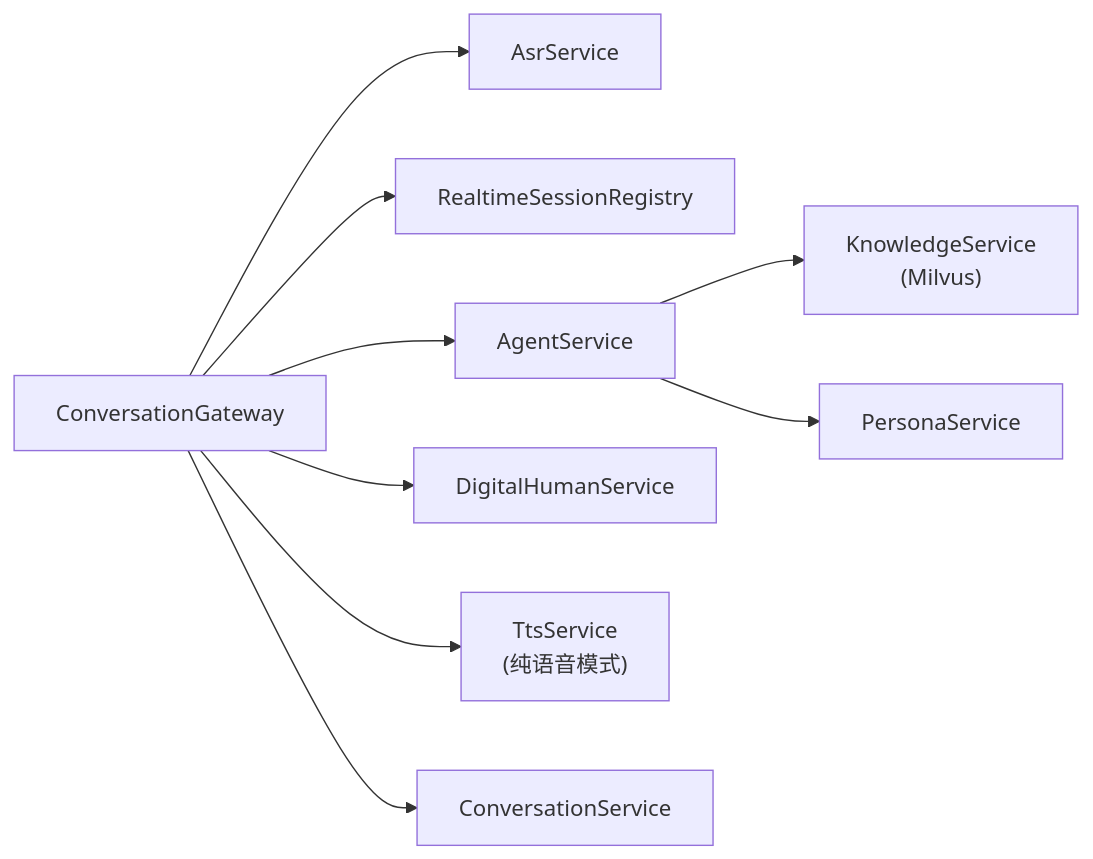
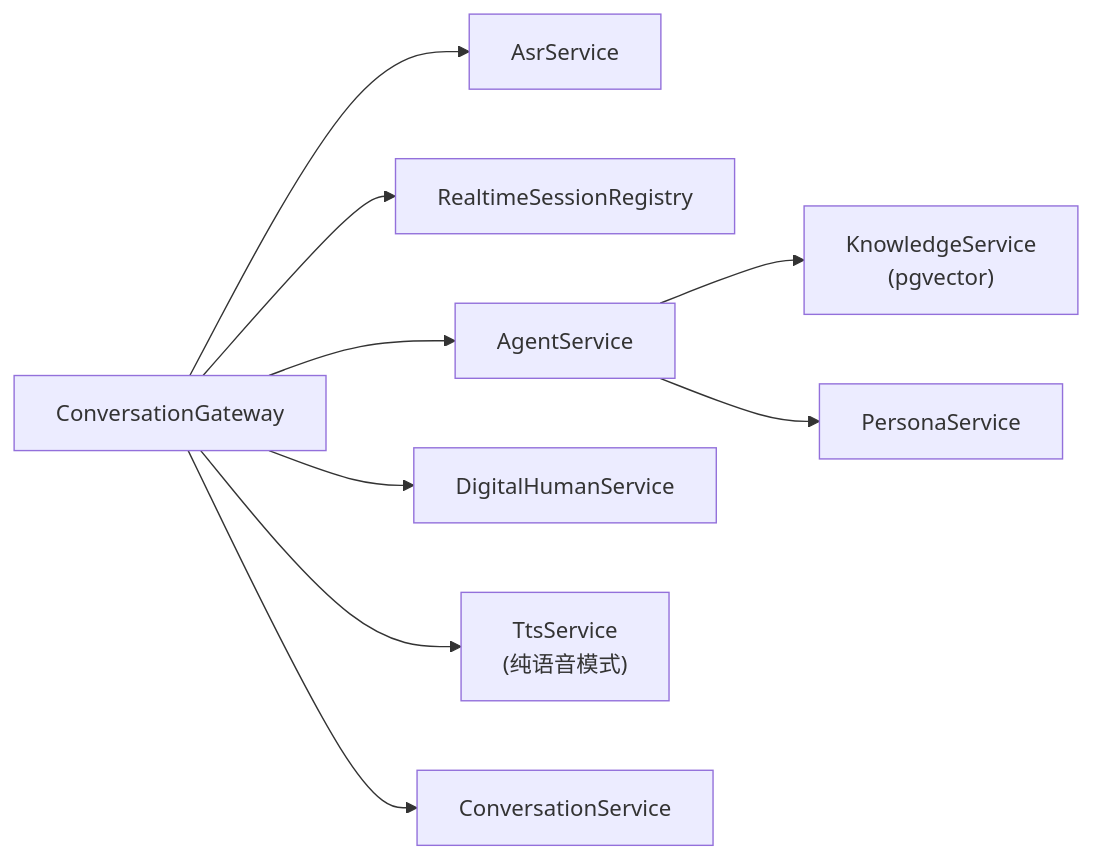
One commit to iceberg211/ai-agent-course-code changed the fifth of 5 diagrams in docs/数字人-Agent-技术方案.md. Above: the diagram before and after it, drawn with Mermaid. The commit also changed other lines of this file and 71 other files, not shown here.

````diff
--- a/docs/数字人-Agent-技术方案.md
+++ b/docs/数字人-Agent-技术方案.md
@@ -758,11 +1083,11 @@
 ```mermaid
 flowchart LR
     GW["ConversationGateway"] --> ASR["AsrService"]
     GW --> RS["RealtimeSessionRegistry"]
     GW --> AG["AgentService"]
-    AG --> KB["KnowledgeService\n(Milvus)"]
+    AG --> KB["KnowledgeService\n(pgvector)"]
     AG --> PS["PersonaService"]
     GW --> DH["DigitalHumanService"]
     GW --> TTS["TtsService\n(纯语音模式)"]
     GW --> CS["ConversationService"]
 ```
````
